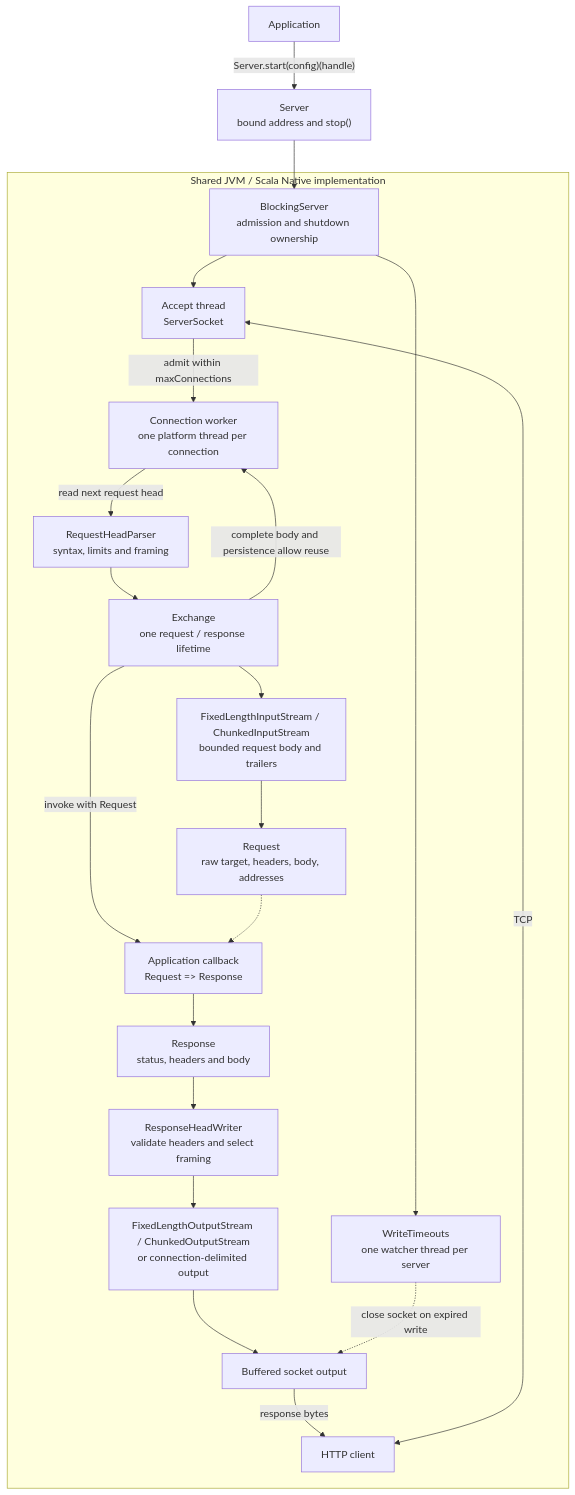
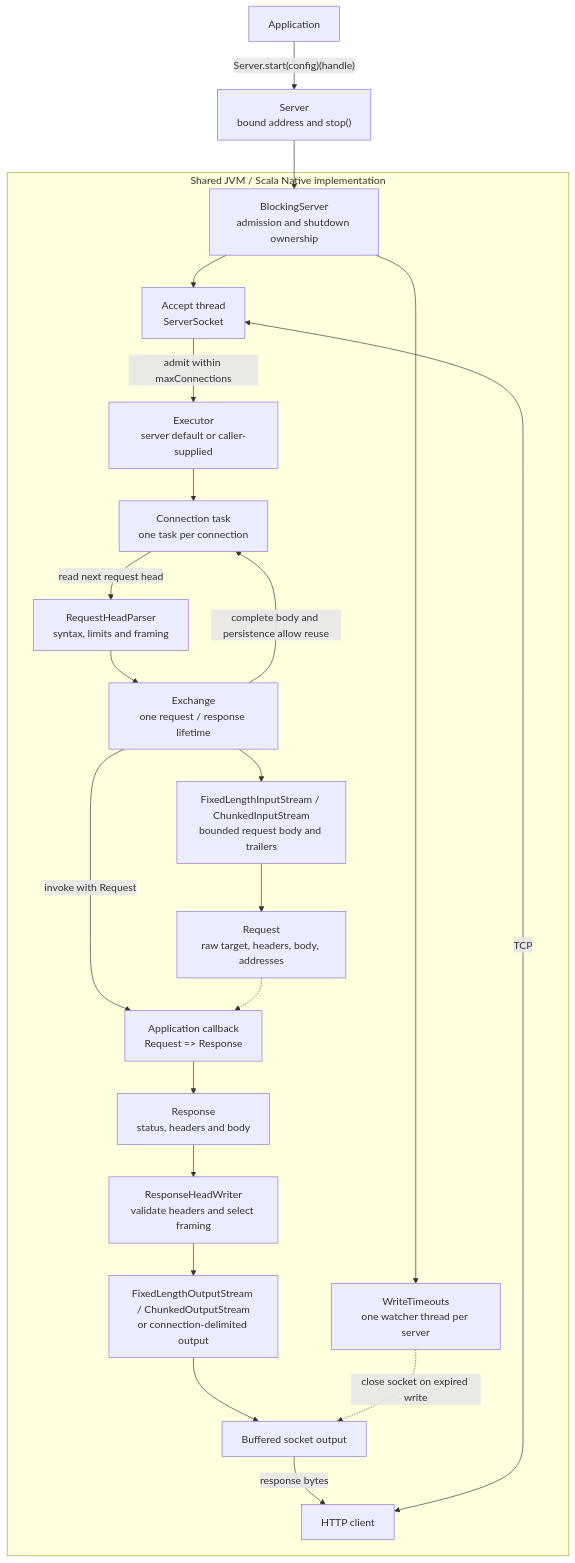
Before and after one commit to sake92/potateh: the diagram in ARCHITECTURE.md, drawn with Mermaid. The commit also changed other lines of this file and 7 other files, not shown here.

Commit message:
Support caller-owned executors for connection handling

````diff
--- a/ARCHITECTURE.md
+++ b/ARCHITECTURE.md
@@ -6,25 +6,26 @@
 ```mermaid
 flowchart TD
     App["Application"] -->|"Server.start(config)(handle)"| API["Server<br/>bound address and stop()"]
     API --> Engine["BlockingServer<br/>admission and shutdown ownership"]
 
     subgraph Core["Shared JVM / Scala Native implementation"]
         Engine --> Accept["Accept thread<br/>ServerSocket"]
         Client["HTTP client"] <-->|"TCP"| Accept
-        Accept -->|"admit within maxConnections"| Worker["Connection worker<br/>one platform thread per connection"]
+        Accept -->|"admit within maxConnections"| Executor["Executor<br/>server default or caller-supplied"]
+        Executor --> Worker["Connection task<br/>one task per connection"]
         Worker -->|"read next request head"| Parser["RequestHeadParser<br/>syntax, limits and framing"]
         Parser --> Exchange["Exchange<br/>one request / response lifetime"]
         Exchange --> Input["FixedLengthInputStream / ChunkedInputStream<br/>bounded request body and trailers"]
         Input --> Request["Request<br/>raw target, headers, body, addresses"]
         Exchange -->|"invoke with Request"| Handler["Application callback<br/>Request => Response"]
         Request -.-> Handler
         Handler --> Response["Response<br/>status, headers and body"]
         Response --> Writer["ResponseHeadWriter<br/>validate headers and select framing"]
         Writer --> Output["FixedLengthOutputStream / ChunkedOutputStream<br/>or connection-delimited output"]
         Output --> Socket["Buffered socket output"]
         Socket -->|"response bytes"| Client
         Engine --> Watcher["WriteTimeouts<br/>one watcher thread per server"]
         Watcher -.->|"close socket on expired write"| Socket
         Exchange -->|"complete body and persistence allow reuse"| Worker
     end
 ```
````
